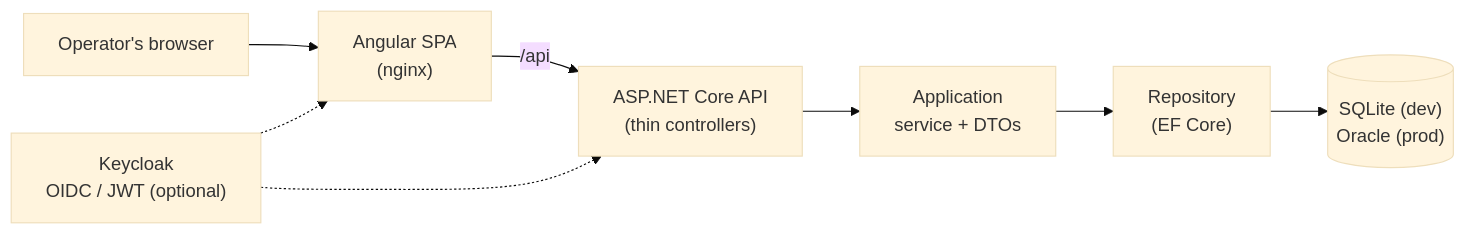
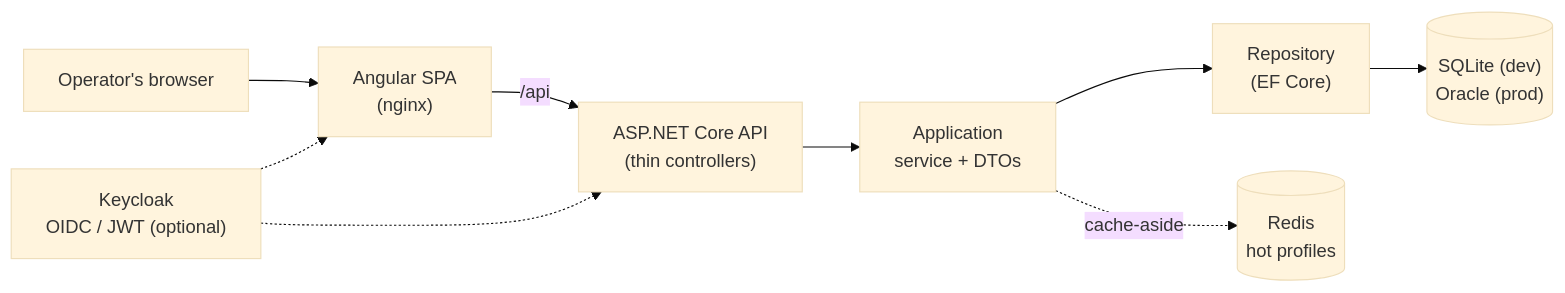
The first of 2 diagrams in README.md (Anas-Lees/nrs-enrollment-lookup), drawn with Mermaid (base theme) before and after one commit. The commit also changed other lines of this file and 3 other files, not shown here.

````diff
--- a/README.md
+++ b/README.md
@@ -41,10 +41,11 @@
 ```mermaid
 flowchart LR
   browser["Operator's browser"] --> spa["Angular SPA<br/>(nginx)"]
   spa -->|/api| api["ASP.NET Core API<br/>(thin controllers)"]
   api --> app["Application<br/>service + DTOs"]
   app --> repo["Repository<br/>(EF Core)"]
+  app -.->|cache-aside| cache[("Redis<br/>hot profiles")]
   repo --> db[("SQLite (dev)<br/>Oracle (prod)")]
   kc["Keycloak<br/>OIDC / JWT (optional)"] -.-> spa
   kc -.-> api
 ```
````
